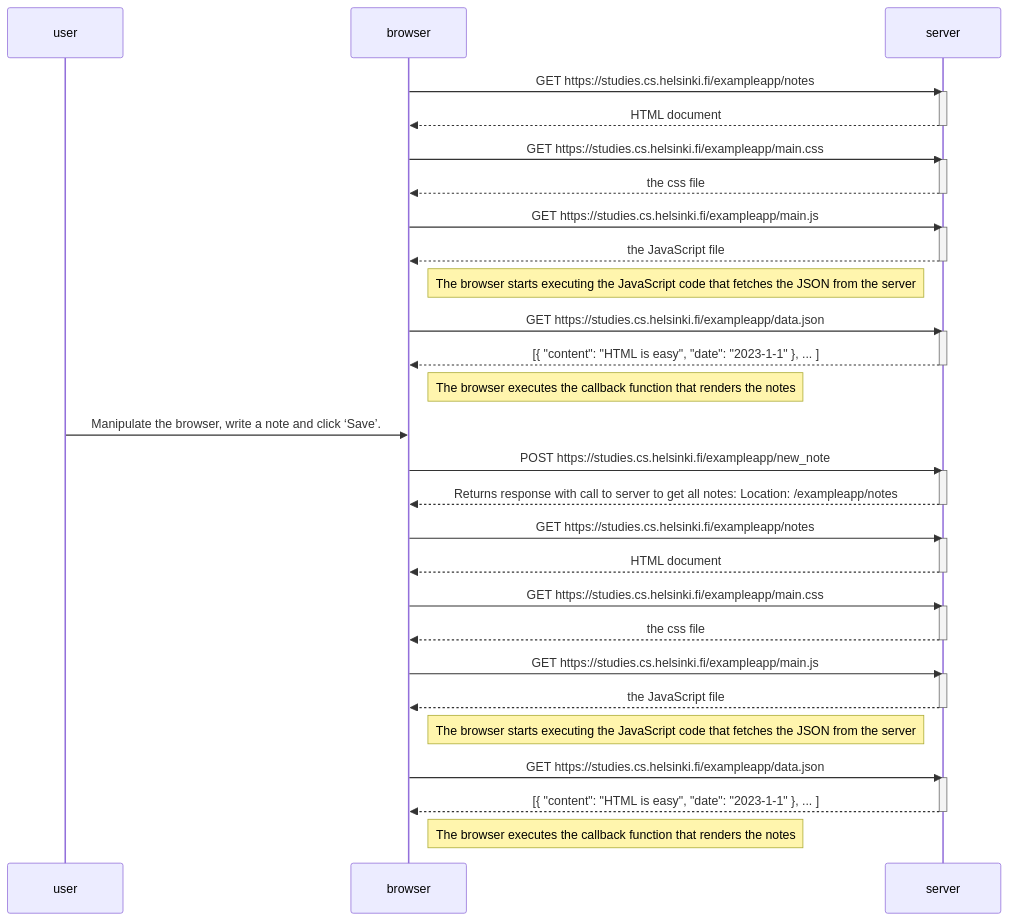
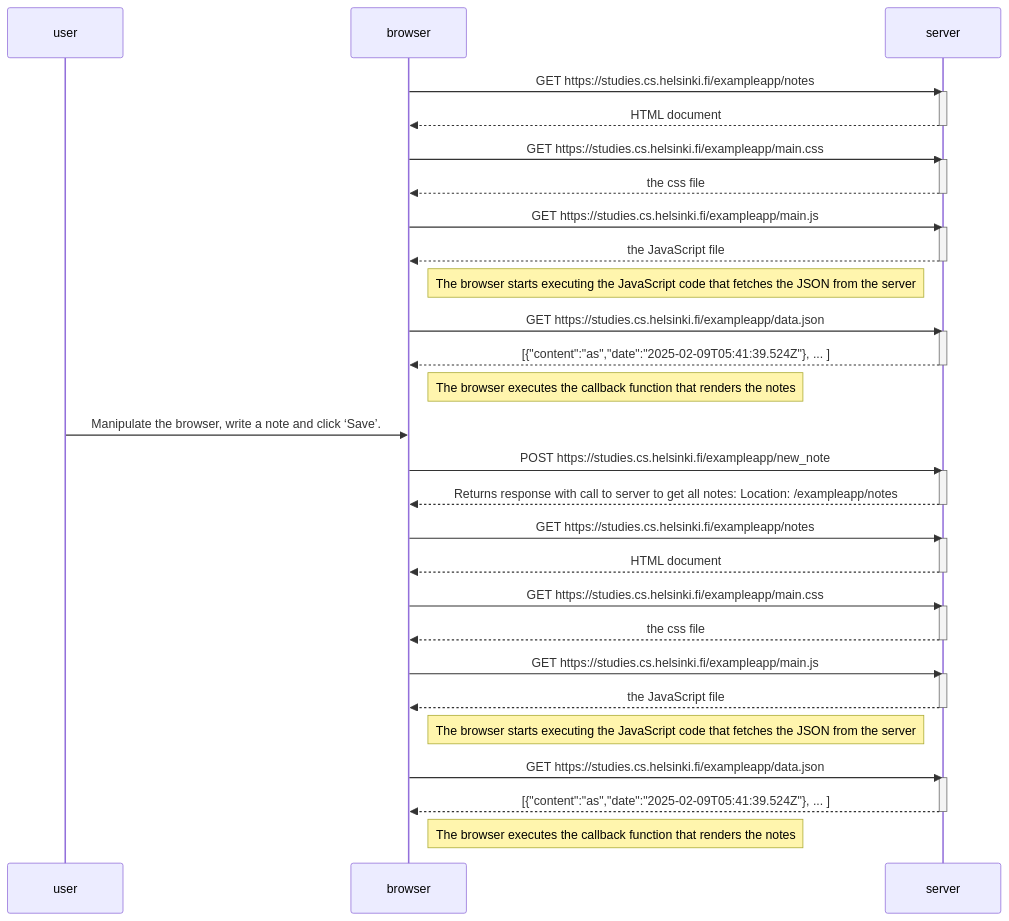
The diagram in Exercises/Part 0/Ex0.4.md (ValenVier/FullStack-HelsinkiUniversity-), drawn with Mermaid before and after one commit.

````diff
--- a/Exercises/Part 0/Ex0.4.md
+++ b/Exercises/Part 0/Ex0.4.md
@@ -3,60 +3,60 @@
 ```mermaid
 sequenceDiagram
     participant user
     participant browser
     participant server
 
     browser->>server: GET https://studies.cs.helsinki.fi/exampleapp/notes
     activate server
     server-->>browser: HTML document
     deactivate server
 
     browser->>server: GET https://studies.cs.helsinki.fi/exampleapp/main.css
     activate server
     server-->>browser: the css file
     deactivate server
 
     browser->>server: GET https://studies.cs.helsinki.fi/exampleapp/main.js
     activate server
     server-->>browser: the JavaScript file
     deactivate server
 
     Note right of browser: The browser starts executing the JavaScript code that fetches the JSON from the server
 
     browser->>server: GET https://studies.cs.helsinki.fi/exampleapp/data.json
     activate server
-    server-->>browser: [{ "content": "HTML is easy", "date": "2023-1-1" }, ... ]
+    server-->>browser: [{"content":"as","date":"2025-02-09T05:41:39.524Z"}, ... ]
     deactivate server
 
     Note right of browser: The browser executes the callback function that renders the notes
 
     user->>browser: Manipulate the browser, write a note and click ‘Save’.
     browser->>server: POST https://studies.cs.helsinki.fi/exampleapp/new_note
     activate server
     server-->>browser: Returns response with call to server to get all notes: Location: /exampleapp/notes
     deactivate server
     browser->>server: GET https://studies.cs.helsinki.fi/exampleapp/notes
     activate server
     server-->>browser: HTML document
     deactivate server
 
     browser->>server: GET https://studies.cs.helsinki.fi/exampleapp/main.css
     activate server
     server-->>browser: the css file
     deactivate server
 
     browser->>server: GET https://studies.cs.helsinki.fi/exampleapp/main.js
     activate server
     server-->>browser: the JavaScript file
     deactivate server
 
     Note right of browser: The browser starts executing the JavaScript code that fetches the JSON from the server
 
     browser->>server: GET https://studies.cs.helsinki.fi/exampleapp/data.json
     activate server
-    server-->>browser: [{ "content": "HTML is easy", "date": "2023-1-1" }, ... ]
+    server-->>browser: [{"content":"as","date":"2025-02-09T05:41:39.524Z"}, ... ]
     deactivate server
 
     Note right of browser: The browser executes the callback function that renders the notes
     
 ```
````
